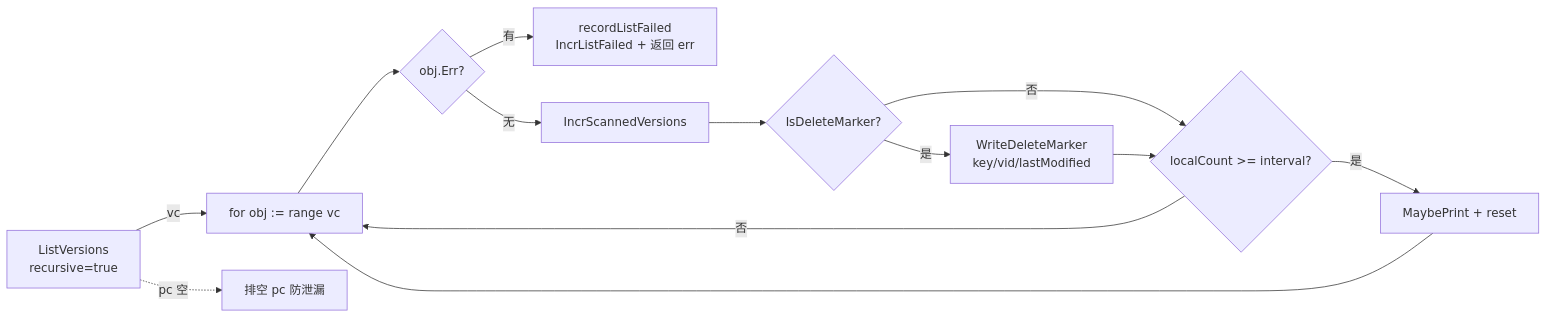
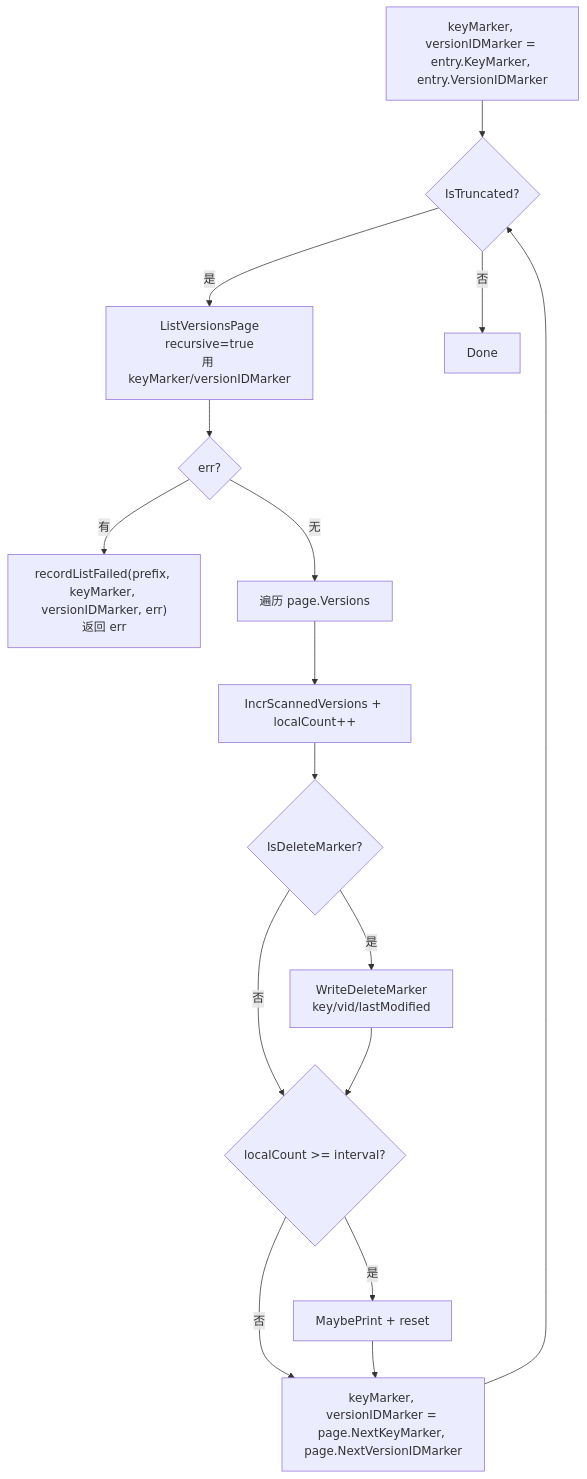
Before and after one commit to gengyuanzhe/chunked_check_tool: the second of 3 diagrams in delete_marker_list_tool/AGENTS.md, drawn with Mermaid. The commit also changed other lines of this file and 4 other files, not shown here.

Commit message:
replace 3-channel ListVersions with page-at-a-time ListVersionsPage

````diff
--- a/delete_marker_list_tool/AGENTS.md
+++ b/delete_marker_list_tool/AGENTS.md
@@ -56,15 +56,18 @@
 ```mermaid
-flowchart LR
-    LV[ListVersions<br/>recursive=true] -->|vc| Loop[for obj := range vc]
-    LV -.->|pc 空| PCDrain[排空 pc 防泄漏]
-    Loop --> Err{obj.Err?}
-    Err -->|有| Failed[recordListFailed<br/>IncrListFailed + 返回 err]
-    Err -->|无| Count[IncrScannedVersions]
+flowchart TD
+    Init["keyMarker, versionIDMarker = entry.KeyMarker, entry.VersionIDMarker"] --> Loop{IsTruncated?}
+    Loop -->|是| LV["ListVersionsPage<br/>recursive=true<br/>用 keyMarker/versionIDMarker"]
+    LV --> Err{err?}
+    Err -->|有| Failed["recordListFailed(prefix, keyMarker, versionIDMarker, err)<br/>返回 err"]
+    Err -->|无| Iter[遍历 page.Versions]
+    Iter --> Count[IncrScannedVersions + localCount++]
     Count --> IsDM{IsDeleteMarker?}
     IsDM -->|是| Write[WriteDeleteMarker<br/>key/vid/lastModified]
     IsDM -->|否| Thresh
     Write --> Thresh{localCount &gt;= interval?}
     Thresh -->|是| Print[MaybePrint + reset]
-    Thresh -->|否| Loop
-    Print --> Loop
+    Thresh -->|否| NextMarker
+    Print --> NextMarker["keyMarker, versionIDMarker = page.NextKeyMarker, page.NextVersionIDMarker"]
+    NextMarker --> Loop
+    Loop -->|否| Done
 ```
````
